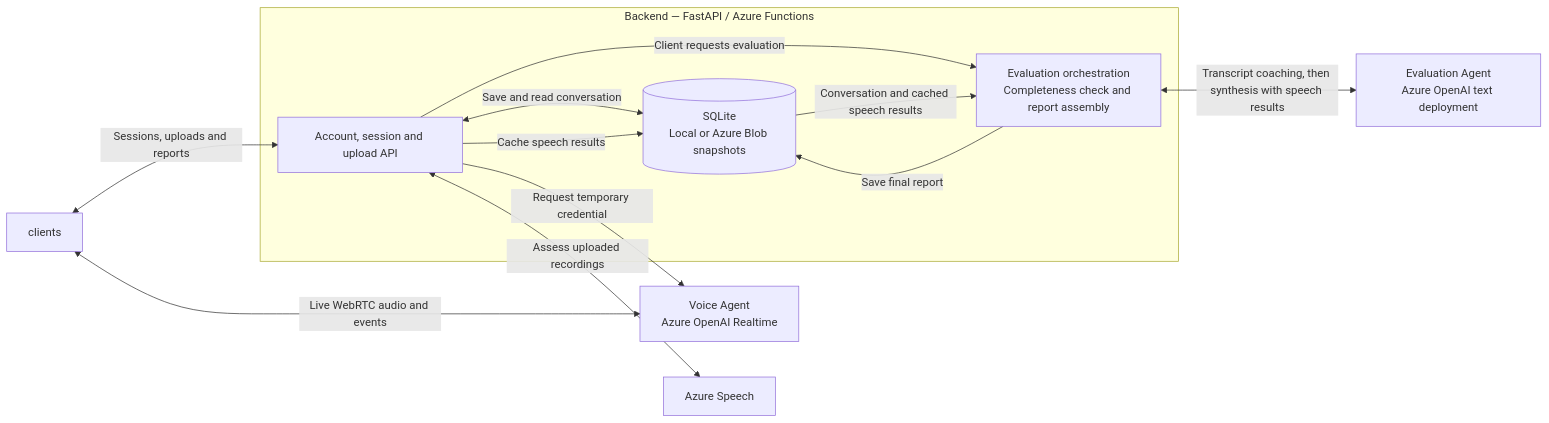
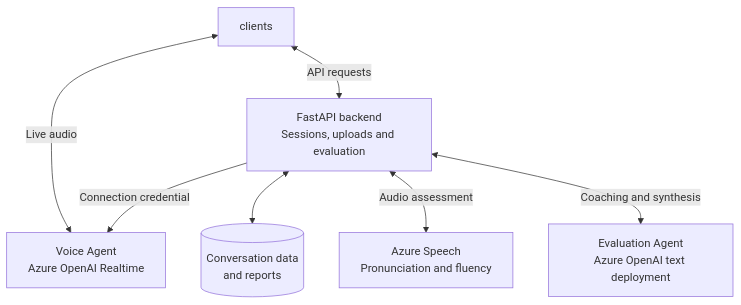
Before and after one commit to zhuang-xu/spoken-english-agent: the diagram in README.md, drawn with Mermaid. The commit also changed 11 other files, not shown here.

````diff
--- a/README.md
+++ b/README.md
@@ -39,24 +39,16 @@
 ```mermaid
-flowchart LR
-    Client["clients"]
+flowchart TD
+    Clients["clients"]
     Voice["Voice Agent<br/>Azure OpenAI Realtime"]
+    Backend["FastAPI backend<br/>Sessions, uploads and evaluation"]
+    Store[("Conversation data<br/>and reports")]
+    Speech["Azure Speech<br/>Pronunciation and fluency"]
     Evaluation["Evaluation Agent<br/>Azure OpenAI text deployment"]
-    Speech["Azure Speech"]
 
-    subgraph Backend["Backend — FastAPI / Azure Functions"]
-        API["Account, session and upload API"]
-        Feedback["Evaluation orchestration<br/>Completeness check and report assembly"]
-        Store[("SQLite<br/>Local or Azure Blob snapshots")]
-        API <-->|"Save and read conversation"| Store
-        API -->|"Client requests evaluation"| Feedback
-        Store -->|"Conversation and cached speech results"| Feedback
-        Feedback -->|"Save final report"| Store
-    end
-
-    Client <-->|"Live WebRTC audio and events"| Voice
-    Client <-->|"Sessions, uploads and reports"| API
-    API -->|"Request temporary credential"| Voice
-    API <-->|"Assess uploaded recordings"| Speech
-    API -->|"Cache speech results"| Store
-    Feedback <-->|"Transcript coaching, then synthesis with speech results"| Evaluation
+    Clients <-->|"Live audio"| Voice
+    Clients <-->|"API requests"| Backend
+    Backend -->|"Connection credential"| Voice
+    Backend <--> Store
+    Backend <-->|"Audio assessment"| Speech
+    Backend <-->|"Coaching and synthesis"| Evaluation
 ```
````
